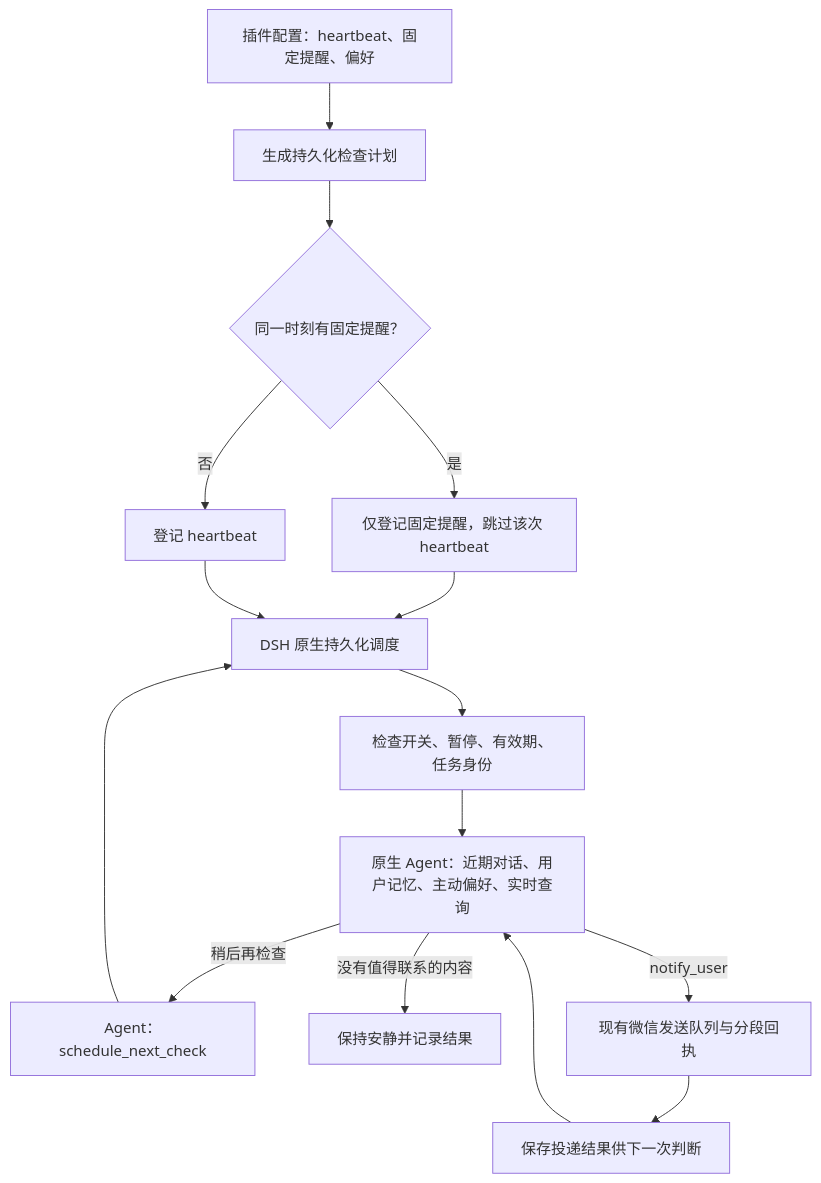
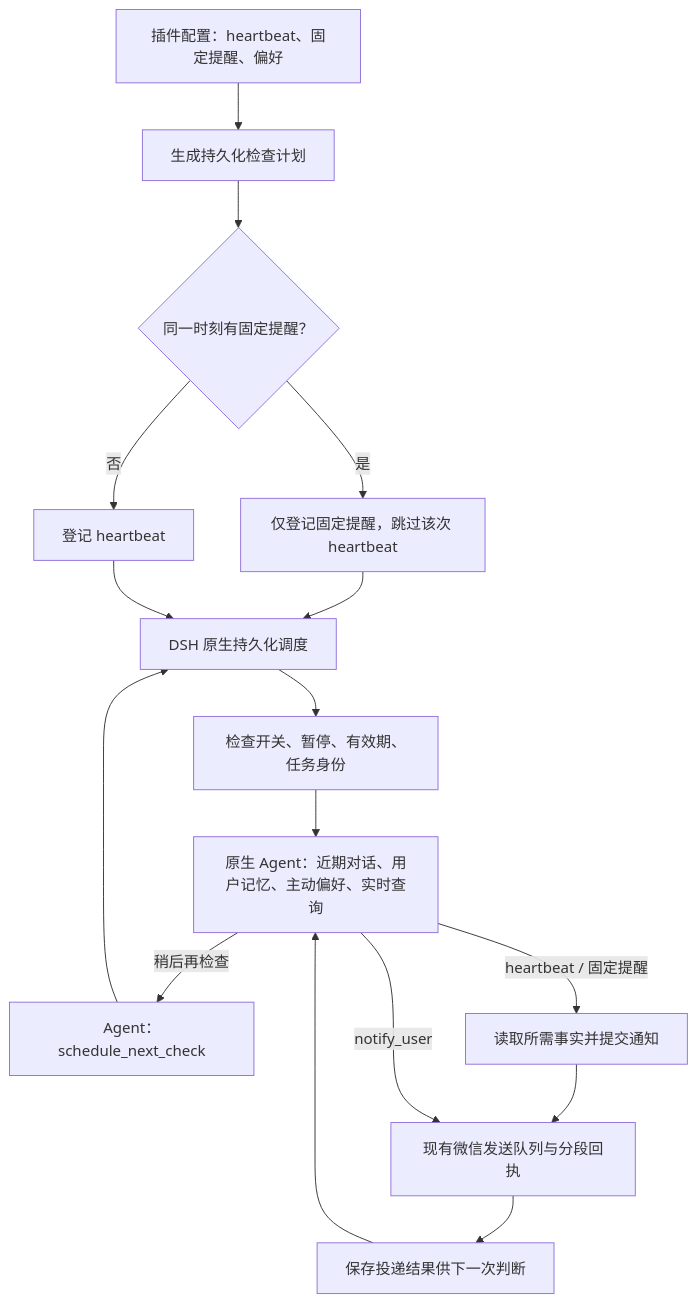
Before and after one commit to lucifersteps/telos-harness: the diagram in docs/development/proactive.md, drawn with Mermaid. The commit also changed other lines of this file and 101 other files, not shown here.

````diff
--- a/docs/development/proactive.md
+++ b/docs/development/proactive.md
@@ -5,17 +5,18 @@
 ```mermaid
 flowchart TD
     UI[插件配置：heartbeat、固定提醒、偏好] --> Policy[生成持久化检查计划]
     Policy --> Collision{同一时刻有固定提醒？}
     Collision -->|是| Fixed[仅登记固定提醒，跳过该次 heartbeat]
     Collision -->|否| Heartbeat[登记 heartbeat]
     Fixed --> Timer[DSH 原生持久化调度]
     Heartbeat --> Timer
     Next[Agent：schedule_next_check] --> Timer
     Timer --> Gate[检查开关、暂停、有效期、任务身份]
     Gate --> Agent[原生 Agent：近期对话、用户记忆、主动偏好、实时查询]
-    Agent -->|没有值得联系的内容| Quiet[保持安静并记录结果]
+    Agent -->|heartbeat / 固定提醒| Required[读取所需事实并提交通知]
+    Required --> Outbox
     Agent -->|稍后再检查| Next
     Agent -->|notify_user| Outbox[现有微信发送队列与分段回执]
     Outbox --> History[保存投递结果供下一次判断]
     History --> Agent
 ```
````
